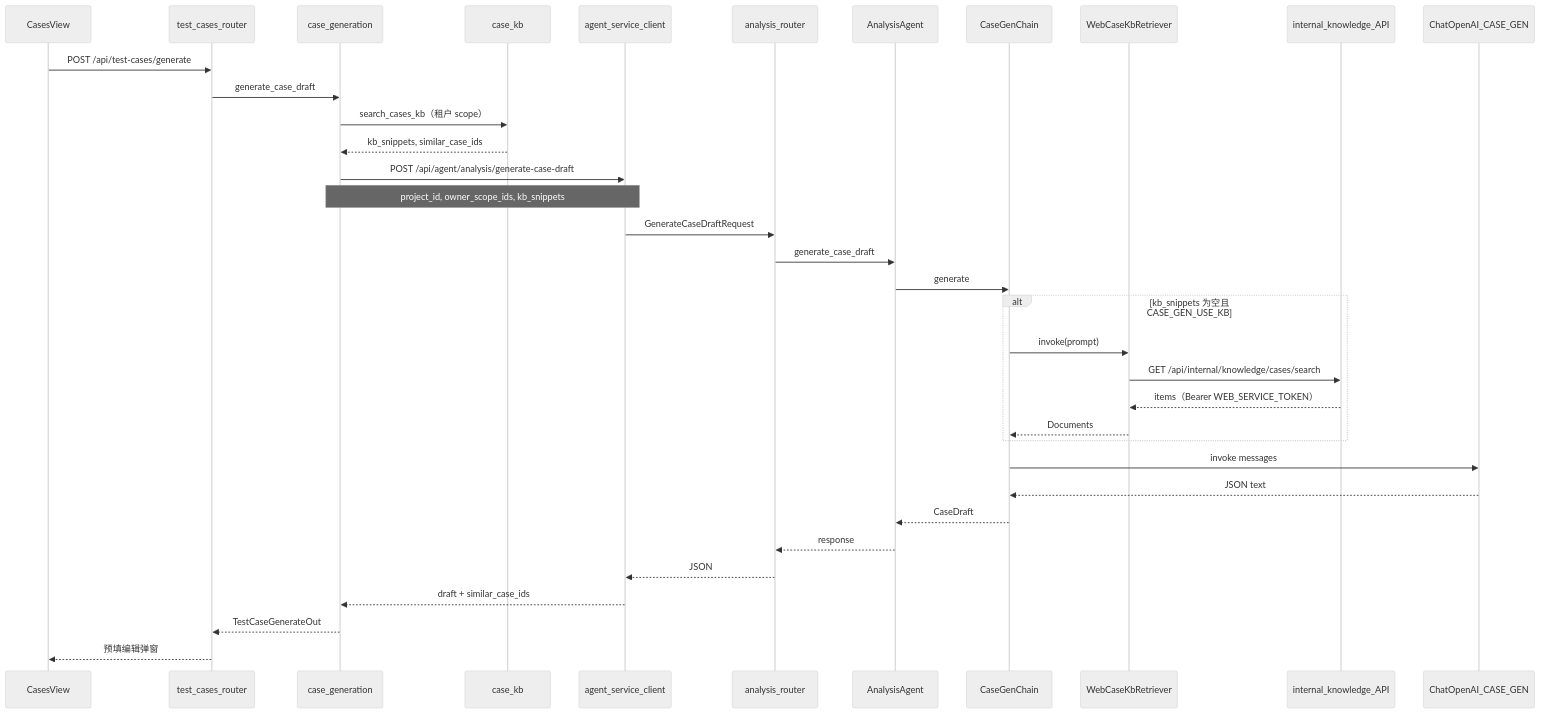
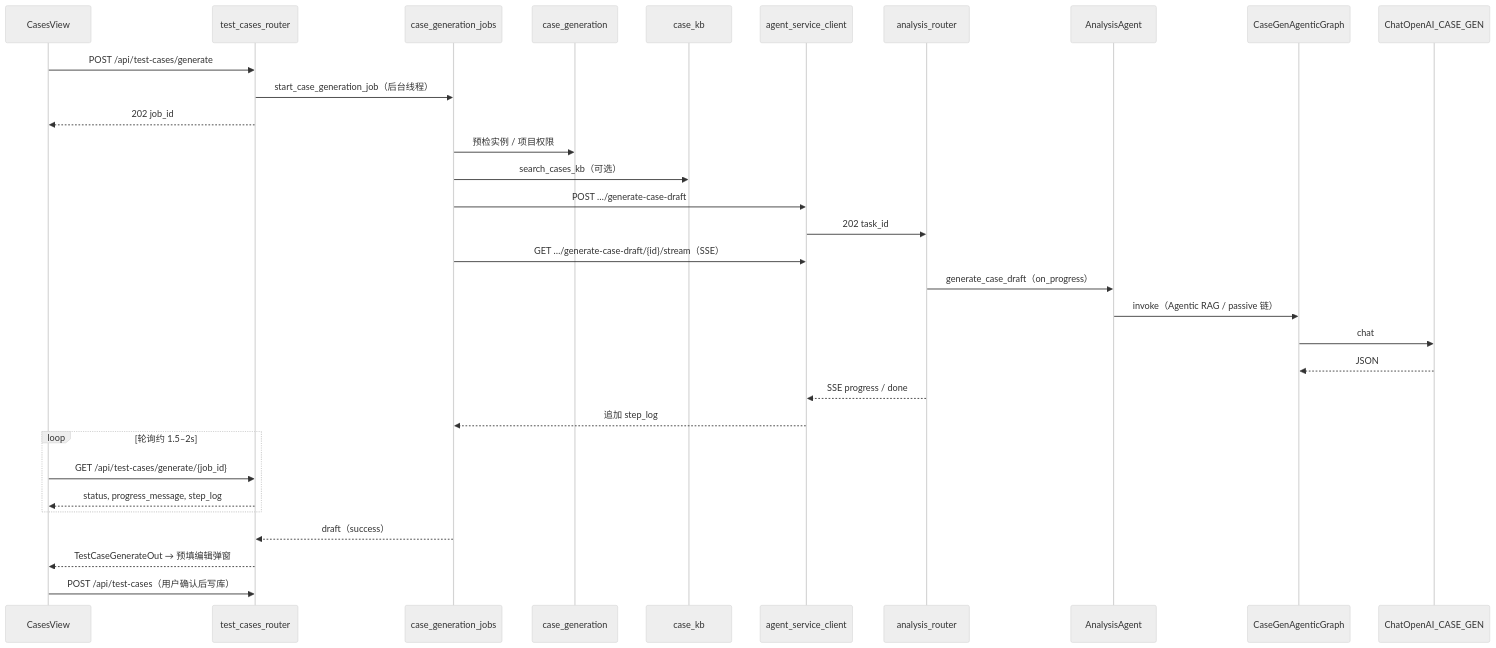
The first of 8 diagrams in ARCHITECTURE.md (dyingmanliu/test_robot), drawn with Mermaid (neutral theme) before and after one commit. The commit also changed other lines of this file and 22 other files, not shown here.

````diff
--- a/ARCHITECTURE.md
+++ b/ARCHITECTURE.md
@@ -124,38 +126,35 @@
 ```mermaid
 sequenceDiagram
   participant UI as CasesView
   participant API as test_cases_router
+  participant Jobs as case_generation_jobs
   participant Gen as case_generation
   participant KB as case_kb
   participant Client as agent_service_client
   participant Router as analysis_router
   participant AA as AnalysisAgent
-  participant Chain as CaseGenChain
-  participant Ret as WebCaseKbRetriever
-  participant IntKB as internal_knowledge_API
+  participant Graph as CaseGenAgenticGraph
   participant LLM as ChatOpenAI_CASE_GEN
 
   UI->>API: POST /api/test-cases/generate
-  API->>Gen: generate_case_draft
-  Gen->>KB: search_cases_kb（租户 scope）
-  KB-->>Gen: kb_snippets, similar_case_ids
-  Gen->>Client: POST /api/agent/analysis/generate-case-draft
-  Note over Gen,Client: project_id, owner_scope_ids, kb_snippets
-  Client->>Router: GenerateCaseDraftRequest
-  Router->>AA: generate_case_draft
-  AA->>Chain: generate
-  alt kb_snippets 为空且 CASE_GEN_USE_KB
-    Chain->>Ret: invoke(prompt)
-    Ret->>IntKB: GET /api/internal/knowledge/cases/search
-    IntKB-->>Ret: items（Bearer WEB_SERVICE_TOKEN）
-    Ret-->>Chain: Documents
+  API->>Jobs: start_case_generation_job（后台线程）
+  API-->>UI: 202 job_id
+  Jobs->>Gen: 预检实例 / 项目权限
+  Jobs->>KB: search_cases_kb（可选）
+  Jobs->>Client: POST …/generate-case-draft
+  Client->>Router: 202 task_id
+  Jobs->>Client: GET …/generate-case-draft/{id}/stream（SSE）
+  Router->>AA: generate_case_draft（on_progress）
+  AA->>Graph: invoke（Agentic RAG / passive 链）
+  Graph->>LLM: chat
+  LLM-->>Graph: JSON
+  Router-->>Client: SSE progress / done
+  Client-->>Jobs: 追加 step_log
+  loop 轮询约 1.5–2s
+    UI->>API: GET /api/test-cases/generate/{job_id}
+    API-->>UI: status, progress_message, step_log
   end
-  Chain->>LLM: invoke messages
-  LLM-->>Chain: JSON text
-  Chain-->>AA: CaseDraft
-  AA-->>Router: response
-  Router-->>Client: JSON
-  Client-->>Gen: draft + similar_case_ids
-  Gen-->>API: TestCaseGenerateOut
-  API-->>UI: 预填编辑弹窗
+  Jobs-->>API: draft（success）
+  API-->>UI: TestCaseGenerateOut → 预填编辑弹窗
+  UI->>API: POST /api/test-cases（用户确认后写库）
 ```
````
